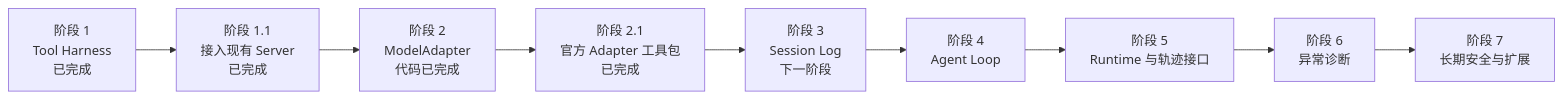
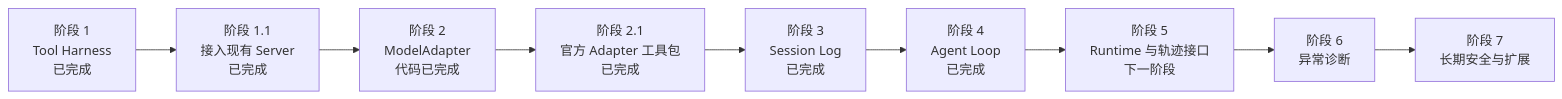
One commit to AlbertE1990/crafteHarness changed the diagram in docs/product/roadmap.md. Above: the diagram before and after it, drawn with Mermaid. The commit also changed other lines of this file and 38 other files, not shown here.

Commit message:
Complete Session Log and Agent Loop

````diff
--- a/docs/product/roadmap.md
+++ b/docs/product/roadmap.md
@@ -16,11 +16,11 @@
 ```mermaid
 flowchart LR
   P1[阶段 1<br/>Tool Harness<br/>已完成] --> P11[阶段 1.1<br/>接入现有 Server<br/>已完成]
   P11 --> P2[阶段 2<br/>ModelAdapter<br/>代码已完成]
   P2 --> P21[阶段 2.1<br/>官方 Adapter 工具包<br/>已完成]
-  P21 --> P3[阶段 3<br/>Session Log<br/>下一阶段]
-  P3 --> P4[阶段 4<br/>Agent Loop]
-  P4 --> P5[阶段 5<br/>Runtime 与轨迹接口]
+  P21 --> P3[阶段 3<br/>Session Log<br/>已完成]
+  P3 --> P4[阶段 4<br/>Agent Loop<br/>已完成]
+  P4 --> P5[阶段 5<br/>Runtime 与轨迹接口<br/>下一阶段]
   P5 --> P6[阶段 6<br/>异常诊断]
   P6 --> P7[阶段 7<br/>长期安全与扩展]
 ```
````
